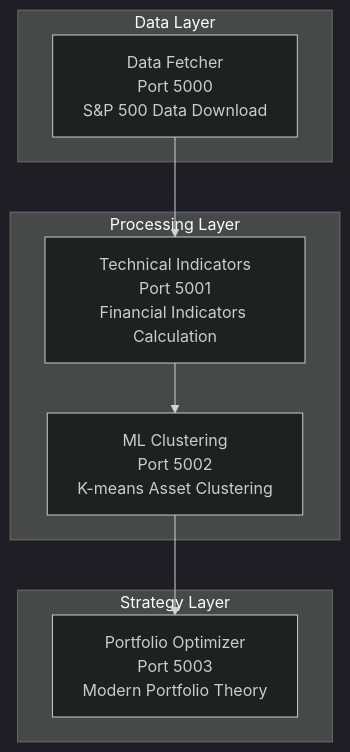
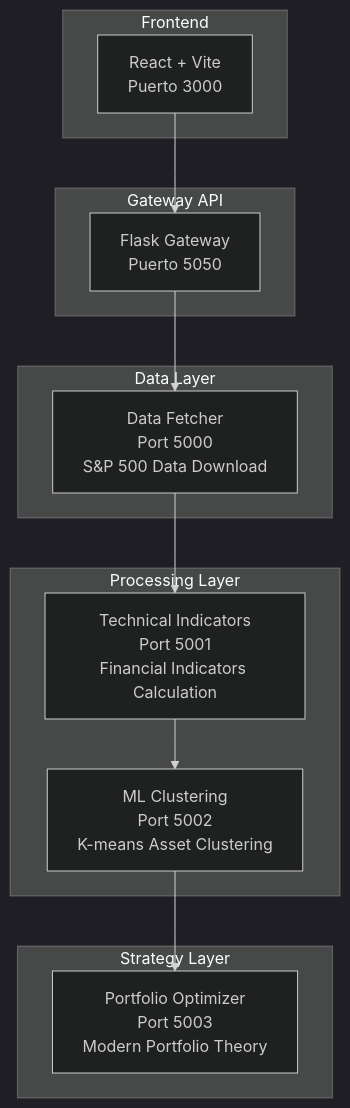
The diagram in README.md (PabloBecerraDev/Infraestructura_paralela_y_distribuida), drawn with Mermaid (dark theme) before and after one commit. The commit also changed other lines of this file, not shown here.

````diff
--- a/README.md
+++ b/README.md
@@ -9,21 +9,31 @@
 ```mermaid
 graph TB
+    subgraph "Frontend"
+        FE[React + Vite<br/>Puerto 3000]
+    end
+
+    subgraph "Gateway API"
+        GW[Flask Gateway<br/>Puerto 5050]
+    end
+
     subgraph "Data Layer"
         MS0[ Data Fetcher<br/>Port 5000<br/>S&P 500 Data Download]
     end
     
     subgraph "Processing Layer"
         MS1[ Technical Indicators<br/>Port 5001<br/>Financial Indicators Calculation]
         MS2[ ML Clustering<br/>Port 5002<br/>K-means Asset Clustering]
     end
     
     subgraph "Strategy Layer"
         MS3[ Portfolio Optimizer<br/>Port 5003<br/>Modern Portfolio Theory]
     end
-    
+
+    FE --> GW
+    GW --> MS0
     MS0 --> MS1
     MS1 --> MS2
     MS2 --> MS3
     
    
 ```
````
